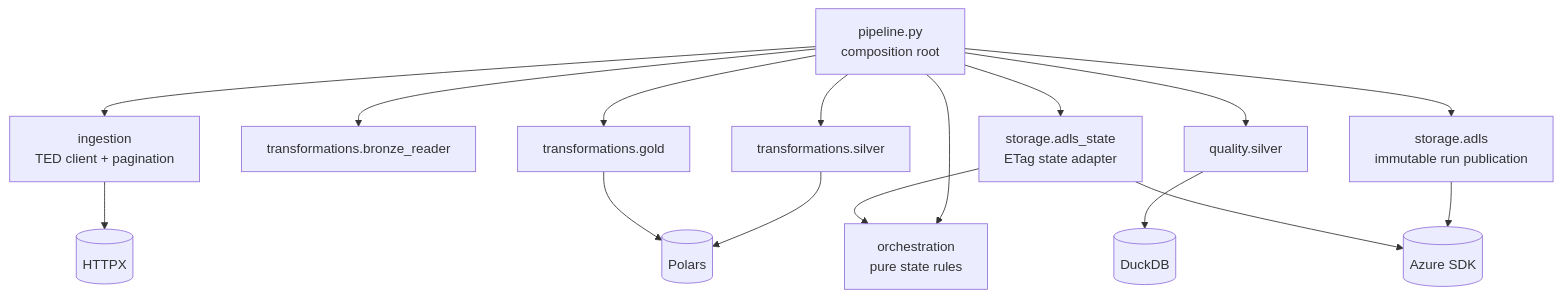
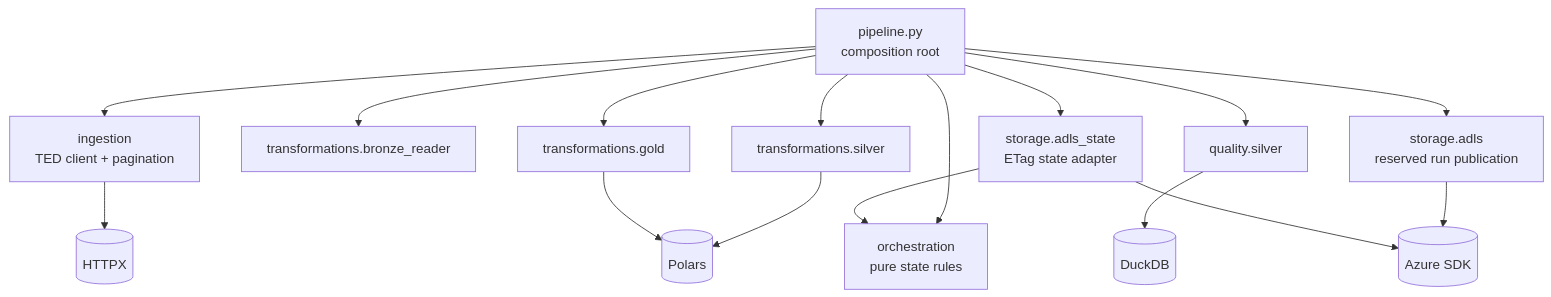
One commit to Mateusz0126/tenderscope changed the first of 2 diagrams in docs/codebase.md. Above: the diagram before and after it, drawn with Mermaid. The commit also changed other lines of this file and 20 other files, not shown here.

````diff
--- a/docs/codebase.md
+++ b/docs/codebase.md
@@ -7,29 +7,29 @@
 ```mermaid
 flowchart TB
     cli[pipeline.py<br/>composition root]
     ingest[ingestion<br/>TED client + pagination]
     orchestration[orchestration<br/>pure state rules]
     bronze[transformations.bronze_reader]
     silver[transformations.silver]
     gold[transformations.gold]
     quality[quality.silver]
-    adls[storage.adls<br/>immutable run publication]
+    adls[storage.adls<br/>reserved run publication]
     stateAdapter[storage.adls_state<br/>ETag state adapter]
 
     cli --> ingest
     cli --> orchestration
     cli --> bronze
     cli --> silver
     cli --> gold
     cli --> quality
     cli --> adls
     cli --> stateAdapter
     stateAdapter --> orchestration
 
     ingest --> httpx[(HTTPX)]
     silver --> polars[(Polars)]
     gold --> polars
     quality --> duckdb[(DuckDB)]
     adls --> azure[(Azure SDK)]
     stateAdapter --> azure
 ```
````
